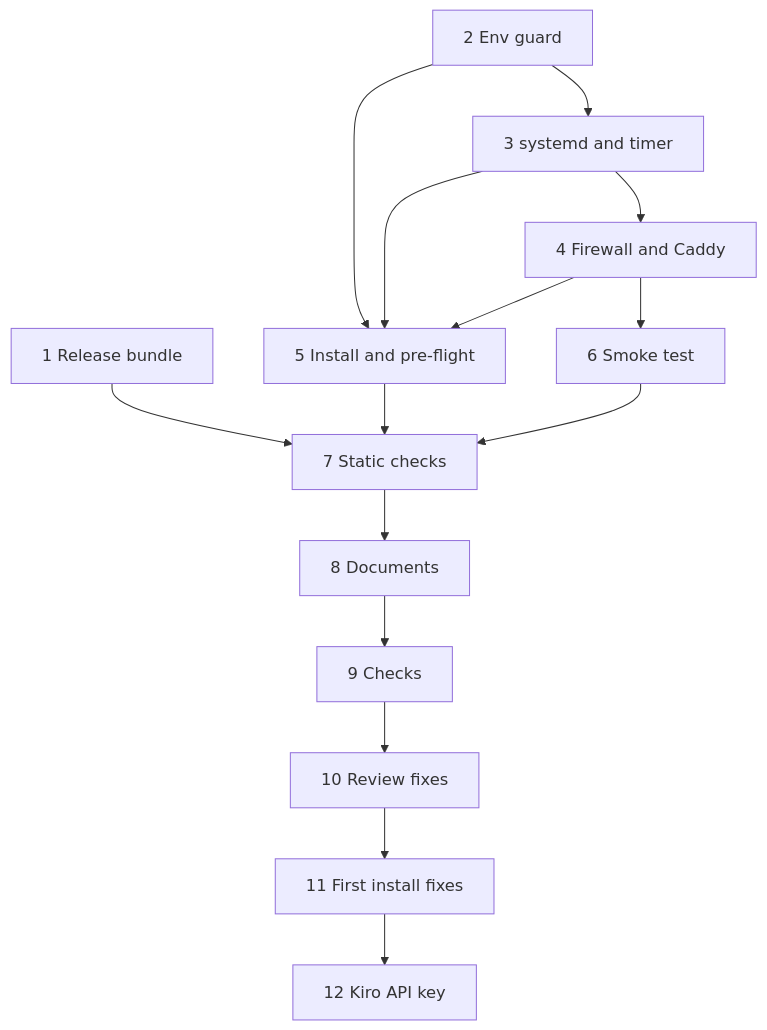
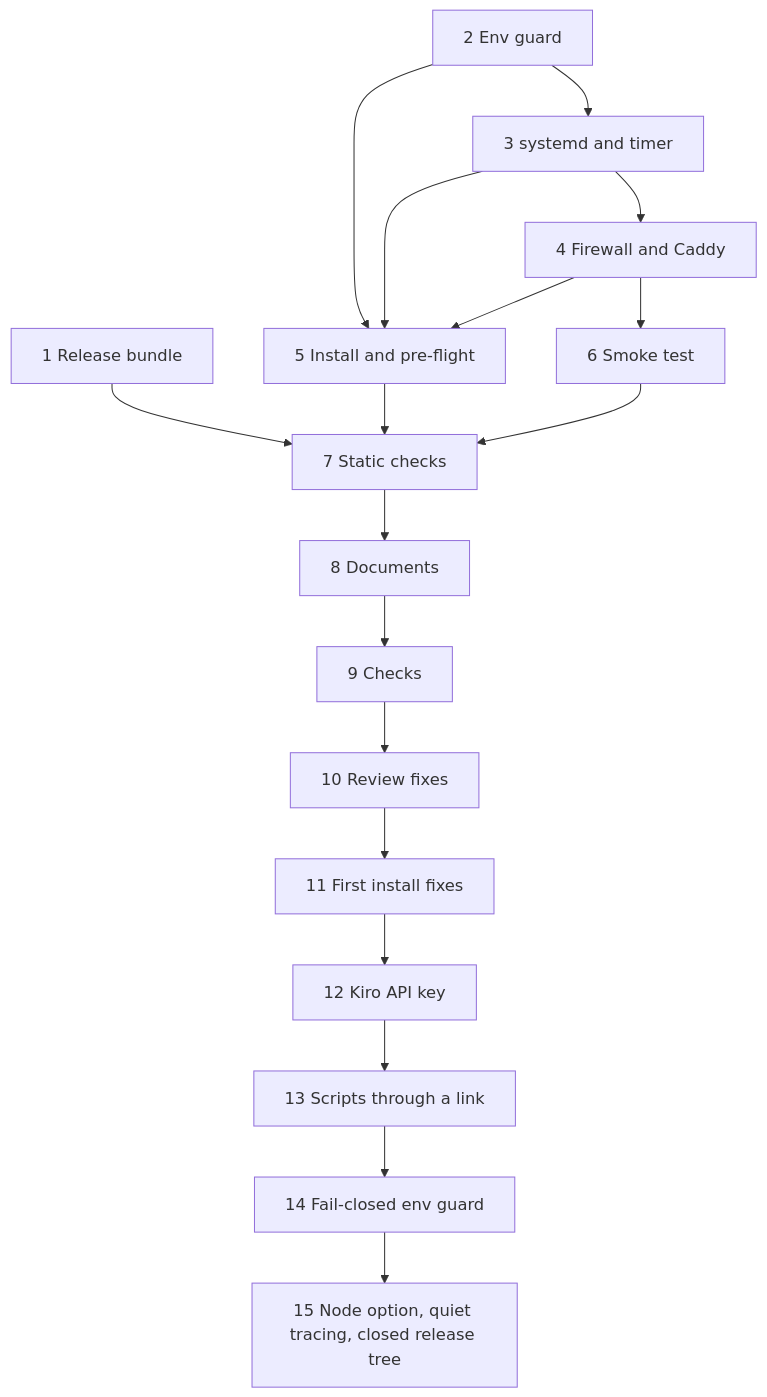
The diagram in .kiro/specs/deploy-demo/tasks.md (Akar-Samudra-Artifisial/Haunted-Ops), drawn with Mermaid before and after one commit. The commit also changed other lines of this file and 45 other files, not shown here.

First line of the commit message:
fix(replay): shift clocks in text and fail closed in env guards

````diff
--- a/.kiro/specs/deploy-demo/tasks.md
+++ b/.kiro/specs/deploy-demo/tasks.md
@@ -96,17 +114,20 @@
 ```mermaid
 graph TD
   T1[1 Release bundle] --> T7[7 Static checks]
   T2[2 Env guard] --> T3[3 systemd and timer]
   T2 --> T5[5 Install and pre-flight]
   T3 --> T4[4 Firewall and Caddy]
   T3 --> T5
   T4 --> T5
   T5 --> T7
   T4 --> T6[6 Smoke test]
   T6 --> T7
   T7 --> T8[8 Documents]
   T8 --> T9[9 Checks]
   T9 --> T10[10 Review fixes]
   T10 --> T11[11 First install fixes]
   T11 --> T12[12 Kiro API key]
+  T12 --> T13[13 Scripts through a link]
+  T13 --> T14[14 Fail-closed env guard]
+  T14 --> T15[15 Node option, quiet tracing, closed release tree]
 ```
````
